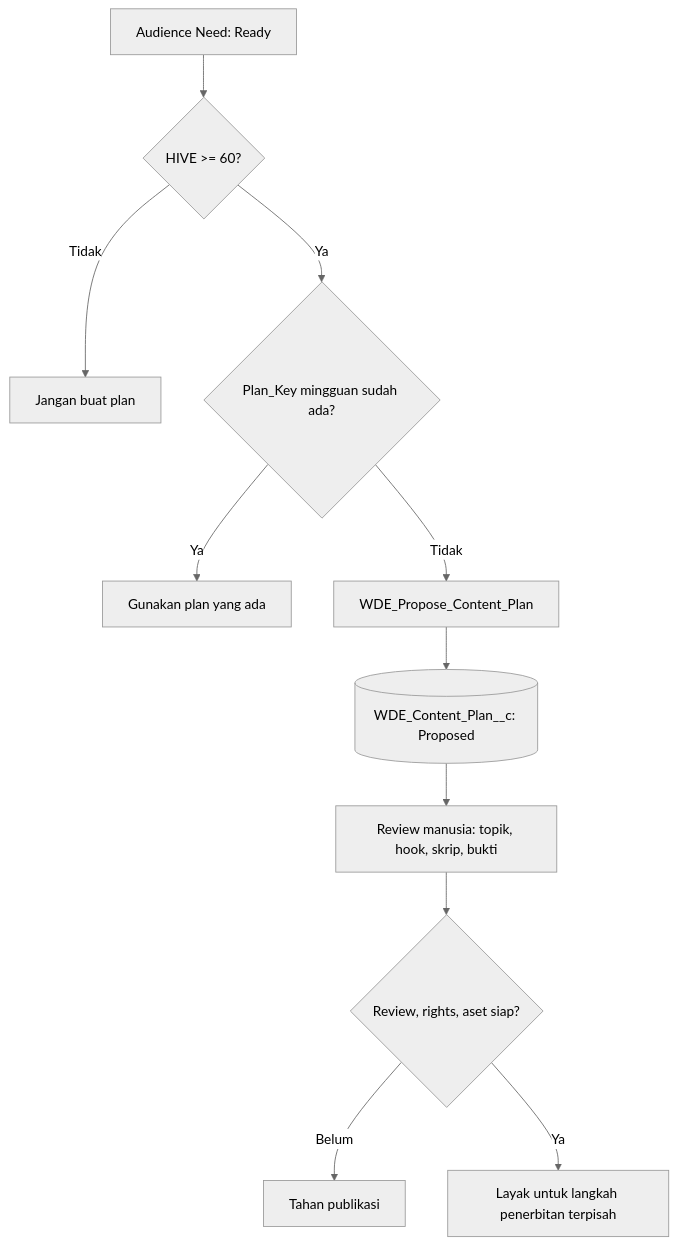
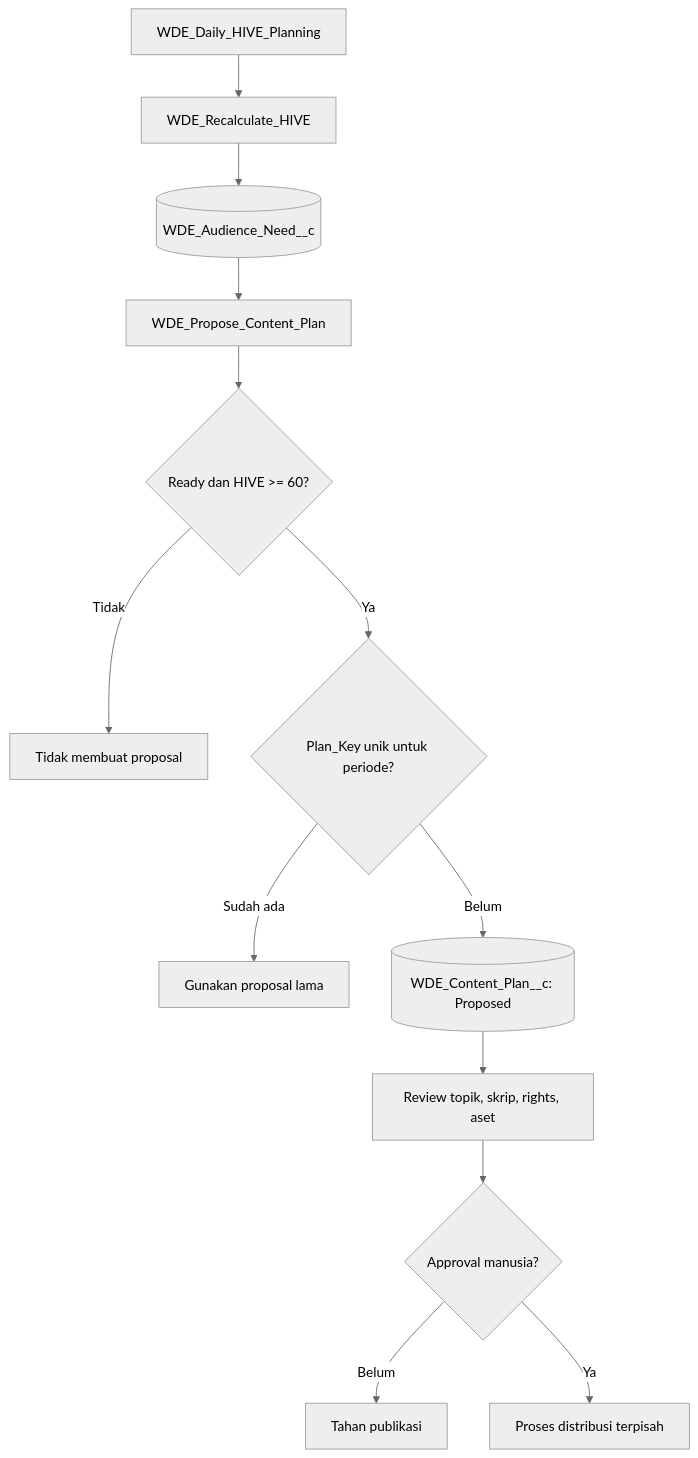
Before and after one commit to jimmytobing/Syntetic-Wisdom: diagram 14 of 28 in SADD-WDE.md, drawn with Mermaid (neutral theme). The commit also changed other lines of this file, not shown here.

Commit message:
docs(wde): align visual SADD with two-workflow cleanup and label all Salesforce flows

````diff
--- a/SADD-WDE.md
+++ b/SADD-WDE.md
@@ -285,13 +295,15 @@
 ```mermaid
 flowchart TD
-  NEED["Audience Need: Ready"] --> SCORE{"HIVE >= 60?"}
-  SCORE -- "Tidak" --> DENY["Jangan buat plan"]
-  SCORE -- "Ya" --> UNIQUE{"Plan_Key mingguan sudah ada?"}
-  UNIQUE -- "Ya" --> EXIST["Gunakan plan yang ada"]
-  UNIQUE -- "Tidak" --> FLOW["WDE_Propose_Content_Plan"]
-  FLOW --> PLAN[("WDE_Content_Plan__c: Proposed")]
-  PLAN --> EDIT["Review manusia: topik, hook, skrip, bukti"]
-  EDIT --> RIGHTS{"Review, rights, aset siap?"}
-  RIGHTS -- "Belum" --> HOLD["Tahan publikasi"]
-  RIGHTS -- "Ya" --> APPROVED["Layak untuk langkah penerbitan terpisah"]
+  DAILY["WDE_Daily_HIVE_Planning"] --> REC["WDE_Recalculate_HIVE"]
+  REC --> NEED[("WDE_Audience_Need__c")]
+  NEED --> PLAN["WDE_Propose_Content_Plan"]
+  PLAN --> SCORE{"Ready dan HIVE >= 60?"}
+  SCORE -- "Tidak" --> HOLD["Tidak membuat proposal"]
+  SCORE -- "Ya" --> UNIQUE{"Plan_Key unik untuk periode?"}
+  UNIQUE -- "Sudah ada" --> REUSE["Gunakan proposal lama"]
+  UNIQUE -- "Belum" --> CREATE[("WDE_Content_Plan__c: Proposed")]
+  CREATE --> HUMAN["Review topik, skrip, rights, aset"]
+  HUMAN --> PUBLISH{"Approval manusia?"}
+  PUBLISH -- "Belum" --> WAIT["Tahan publikasi"]
+  PUBLISH -- "Ya" --> NEXT["Proses distribusi terpisah"]
 ```
````
